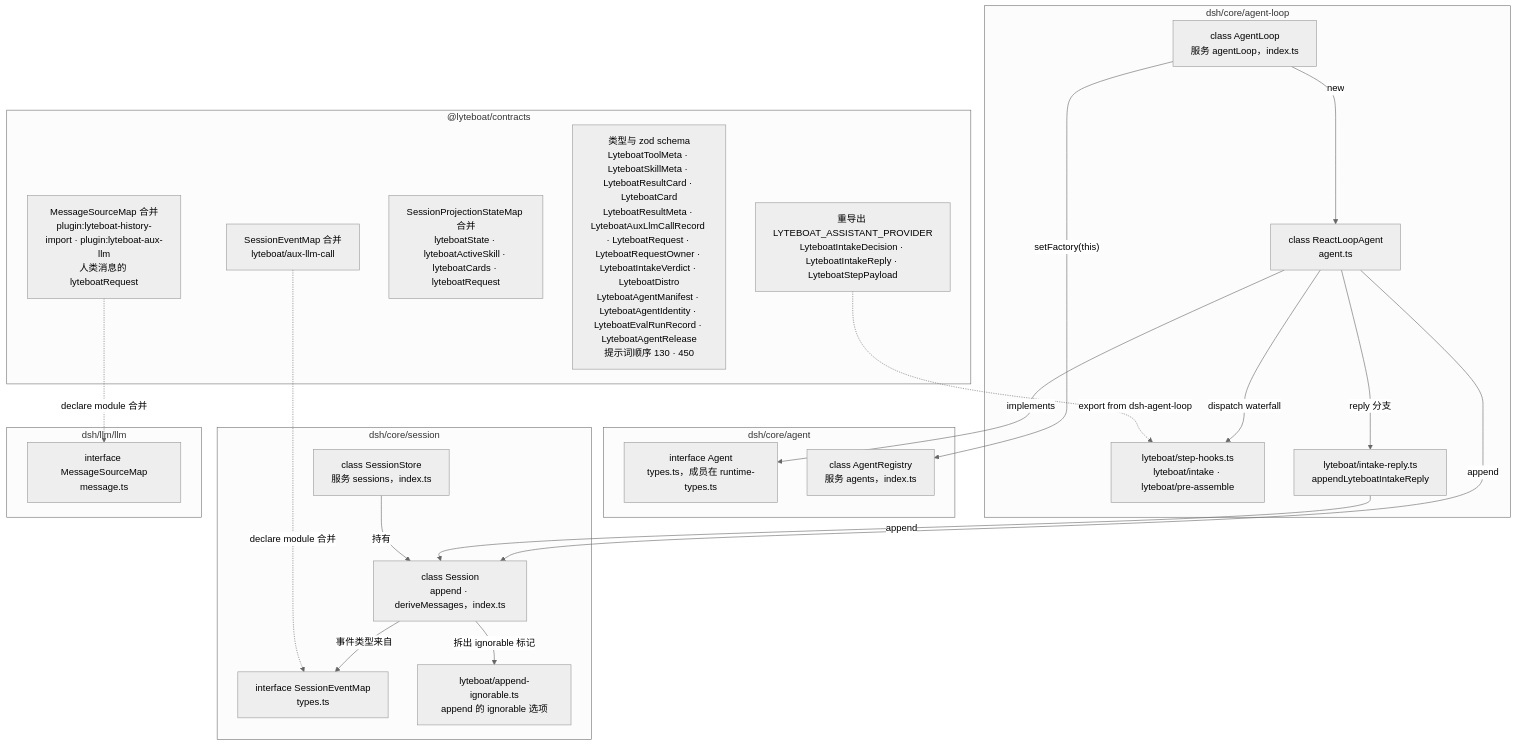
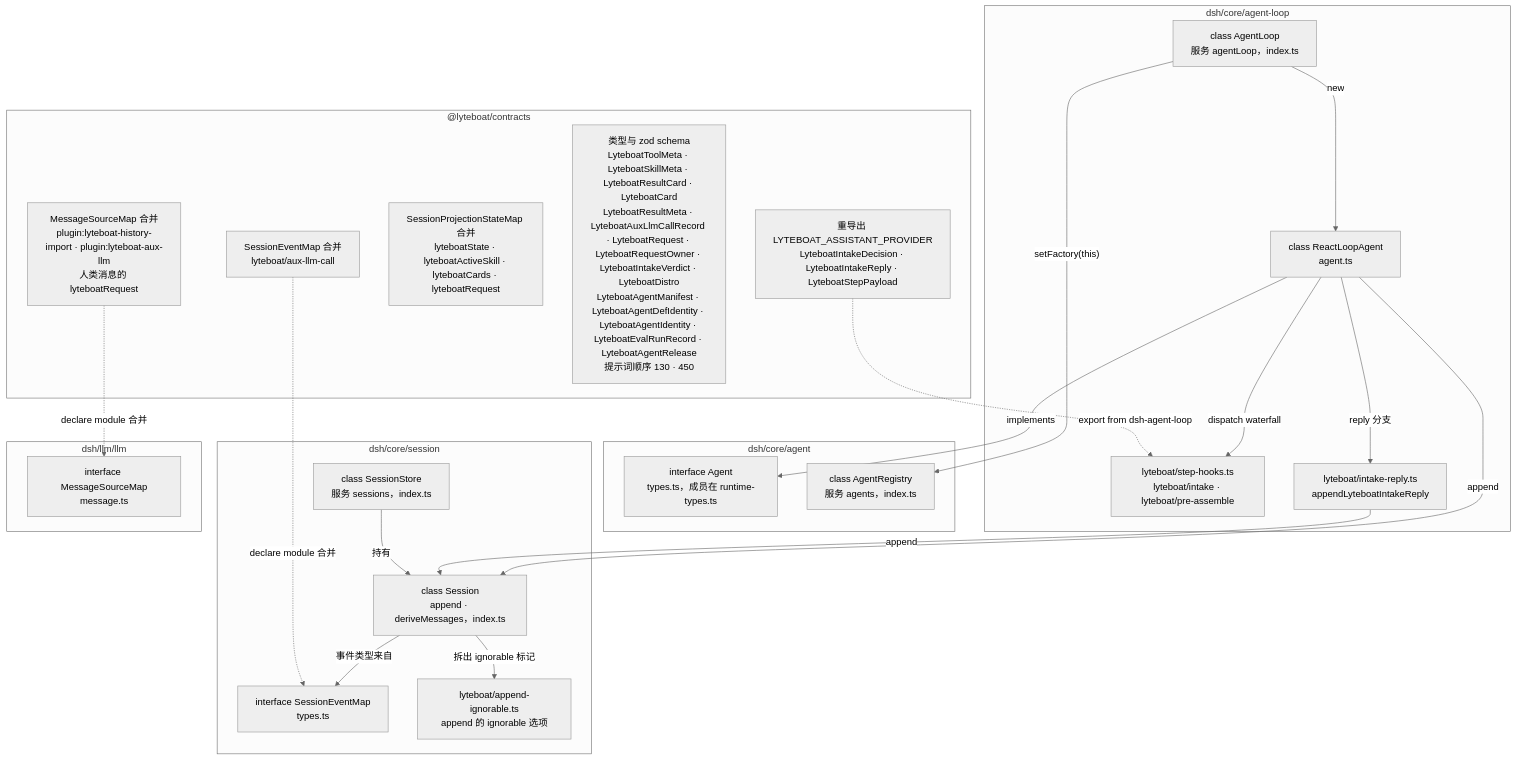
Before and after one commit to lyteboat/lyteboat: the fourth of 11 diagrams in docs/01-architecture.md, drawn with Mermaid (neutral theme). The commit also changed other lines of this file and 3 other files, not shown here.

````diff
--- a/docs/01-architecture.md
+++ b/docs/01-architecture.md
@@ -270,42 +270,42 @@
 ```mermaid
 flowchart TB
   subgraph AGT["dsh/core/agent"]
     agentT["interface Agent<br/>types.ts，成员在 runtime-types.ts"]
     reg["class AgentRegistry<br/>服务 agents，index.ts"]
   end
   subgraph LOOP["dsh/core/agent-loop"]
     al["class AgentLoop<br/>服务 agentLoop，index.ts"]
     rla["class ReactLoopAgent<br/>agent.ts"]
     hooks["lyteboat/step-hooks.ts<br/>lyteboat/intake · lyteboat/pre-assemble"]
     reply["lyteboat/intake-reply.ts<br/>appendLyteboatIntakeReply"]
   end
   subgraph SESS["dsh/core/session"]
     store["class SessionStore<br/>服务 sessions，index.ts"]
     sess["class Session<br/>append · deriveMessages，index.ts"]
     sem["interface SessionEventMap<br/>types.ts"]
     ign["lyteboat/append-ignorable.ts<br/>append 的 ignorable 选项"]
   end
   subgraph LLMP["dsh/llm/llm"]
     msm["interface MessageSourceMap<br/>message.ts"]
   end
   subgraph CON["@lyteboat/contracts"]
     cEv["SessionEventMap 合并<br/>lyteboat/aux-llm-call"]
     cSrc["MessageSourceMap 合并<br/>plugin:lyteboat-history-import · plugin:lyteboat-aux-llm<br/>人类消息的 lyteboatRequest"]
     cProj["SessionProjectionStateMap 合并<br/>lyteboatState · lyteboatActiveSkill · lyteboatCards · lyteboatRequest"]
-    cMeta["类型与 zod schema<br/>LyteboatToolMeta · LyteboatSkillMeta · LyteboatResultCard · LyteboatCard<br/>LyteboatResultMeta · LyteboatAuxLlmCallRecord · LyteboatRequest · LyteboatRequestOwner · LyteboatIntakeVerdict · LyteboatDistro<br/>LyteboatAgentManifest · LyteboatAgentIdentity · LyteboatEvalRunRecord · LyteboatAgentRelease<br/>提示词顺序 130 · 450"]
+    cMeta["类型与 zod schema<br/>LyteboatToolMeta · LyteboatSkillMeta · LyteboatResultCard · LyteboatCard<br/>LyteboatResultMeta · LyteboatAuxLlmCallRecord · LyteboatRequest · LyteboatRequestOwner · LyteboatIntakeVerdict · LyteboatDistro<br/>LyteboatAgentManifest · LyteboatAgentDefIdentity · LyteboatAgentIdentity · LyteboatEvalRunRecord · LyteboatAgentRelease<br/>提示词顺序 130 · 450"]
     cRe["重导出 LYTEBOAT_ASSISTANT_PROVIDER<br/>LyteboatIntakeDecision · LyteboatIntakeReply · LyteboatStepPayload"]
   end
   al -->|"setFactory(this)"| reg
   al -->|"new"| rla
   rla -->|"implements"| agentT
   rla -->|"dispatch waterfall"| hooks
   rla -->|"reply 分支"| reply
   rla -->|"append"| sess
   reply -->|"append"| sess
   store -->|"持有"| sess
   sess -->|"事件类型来自"| sem
   sess -->|"拆出 ignorable 标记"| ign
   cEv -.->|"declare module 合并"| sem
   cSrc -.->|"declare module 合并"| msm
   cRe -.->|"export from dsh-agent-loop"| hooks
 ```
````
